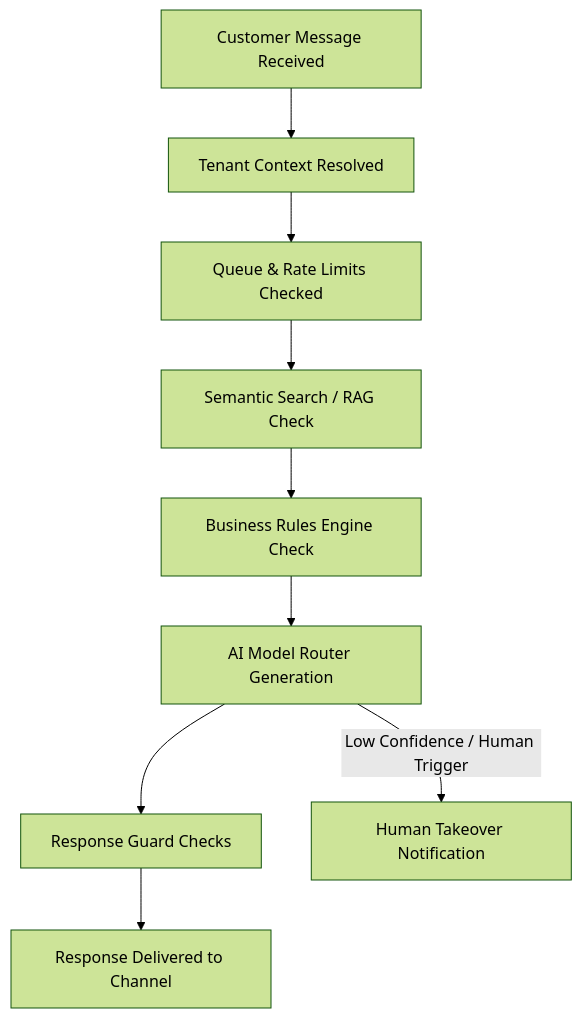
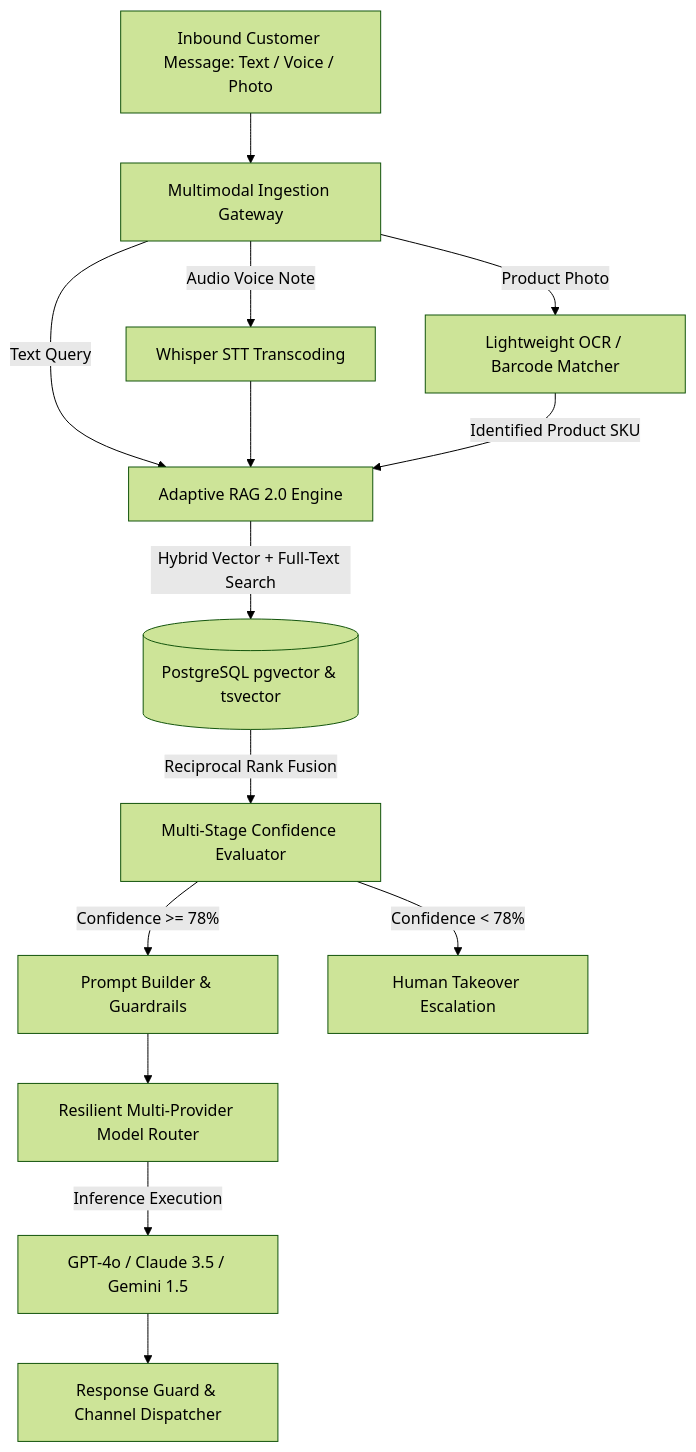
Before and after one commit to Autozeniq/autozniq-knowledge: the diagram in products/ai-agent.md, drawn with Mermaid (forest theme). The commit also changed other lines of this file and 15 other files, not shown here.

````diff
--- a/products/ai-agent.md
+++ b/products/ai-agent.md
@@ -36,11 +29,16 @@
 ```mermaid
 graph TD
-    A[Customer Message Received] --> B[Tenant Context Resolved]
-    B --> C[Queue & Rate Limits Checked]
-    C --> D[Semantic Search / RAG Check]
-    D --> E[Business Rules Engine Check]
-    E --> F[AI Model Router Generation]
-    F --> G[Response Guard Checks]
-    G --> H[Response Delivered to Channel]
-    F -->|Low Confidence / Human Trigger| I[Human Takeover Notification]
+    A[Inbound Customer Message: Text / Voice / Photo] --> B[Multimodal Ingestion Gateway]
+    B -->|Audio Voice Note| C[Whisper STT Transcoding]
+    B -->|Product Photo| D[Lightweight OCR / Barcode Matcher]
+    B -->|Text Query| E[Adaptive RAG 2.0 Engine]
+    C --> E
+    D -->|Identified Product SKU| E
+    E -->|Hybrid Vector + Full-Text Search| F[(PostgreSQL pgvector & tsvector)]
+    F -->|Reciprocal Rank Fusion| G[Multi-Stage Confidence Evaluator]
+    G -->|Confidence >= 78%| H[Prompt Builder & Guardrails]
+    G -->|Confidence < 78%| I[Human Takeover Escalation]
+    H --> J[Resilient Multi-Provider Model Router]
+    J -->|Inference Execution| K[GPT-4o / Claude 3.5 / Gemini 1.5]
+    K --> L[Response Guard & Channel Dispatcher]
 ```
````
